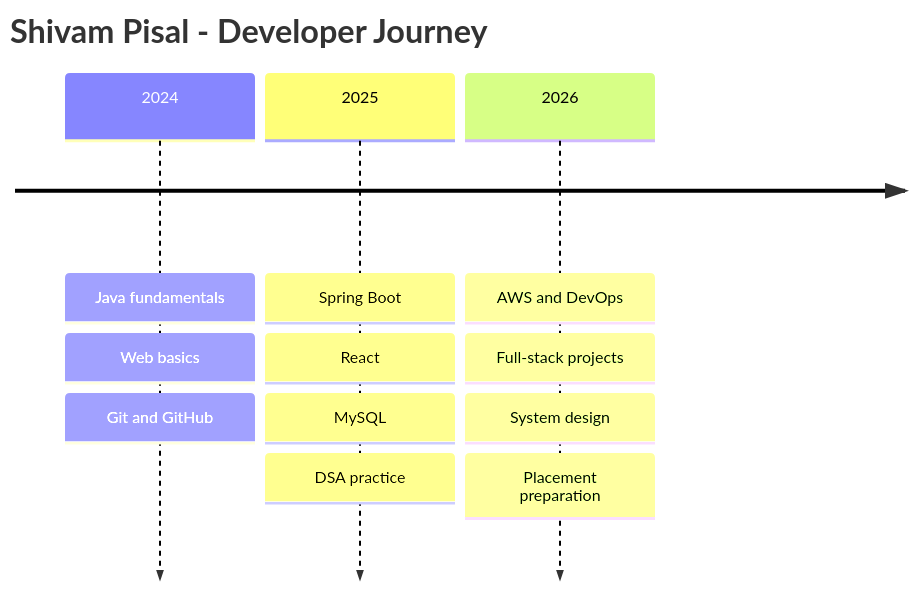
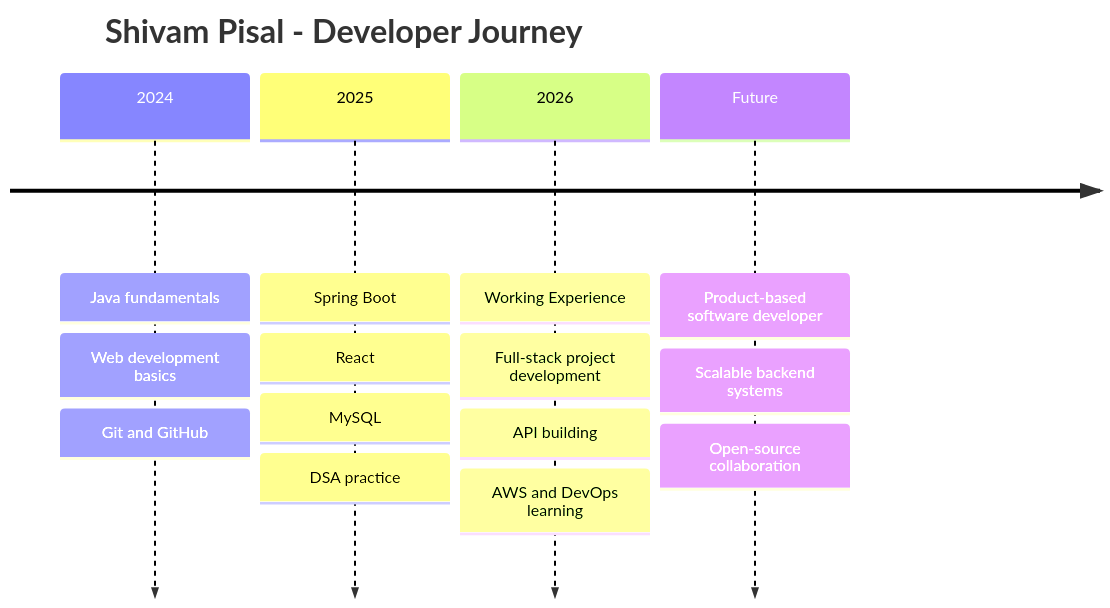
Before and after one commit to ShivamPisal/ShivamPisal: the diagram in README.md, drawn with Mermaid. The commit also changed other lines of this file and 1 other file, not shown here.

````diff
--- a/README.md
+++ b/README.md
@@ -283,7 +159,8 @@
 ```mermaid
 timeline
   title Shivam Pisal - Developer Journey
-  2024 : Java fundamentals : Web basics : Git and GitHub
+  2024 : Java fundamentals : Web development basics : Git and GitHub
   2025 : Spring Boot : React : MySQL : DSA practice
-  2026 : AWS and DevOps : Full-stack projects : System design : Placement preparation
+  2026 : Working Experience : Full-stack project development : API building : AWS and DevOps learning
+  Future : Product-based software developer : Scalable backend systems : Open-source collaboration
 ```
````
